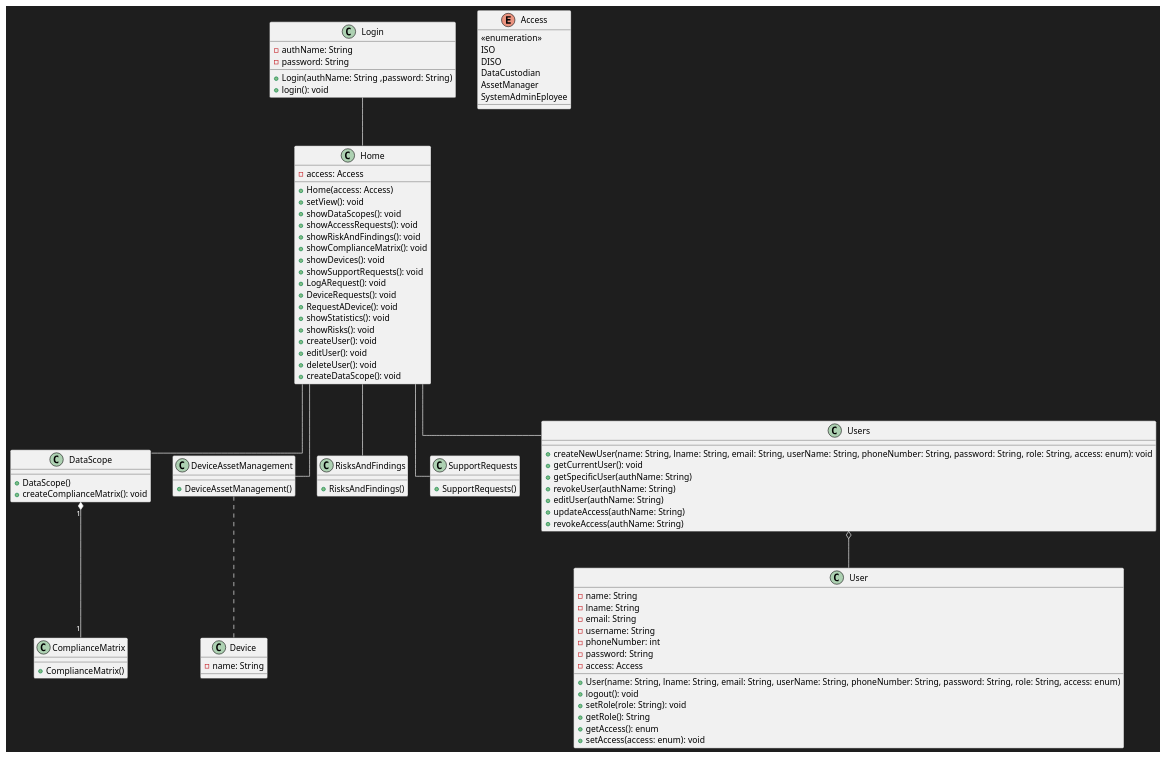
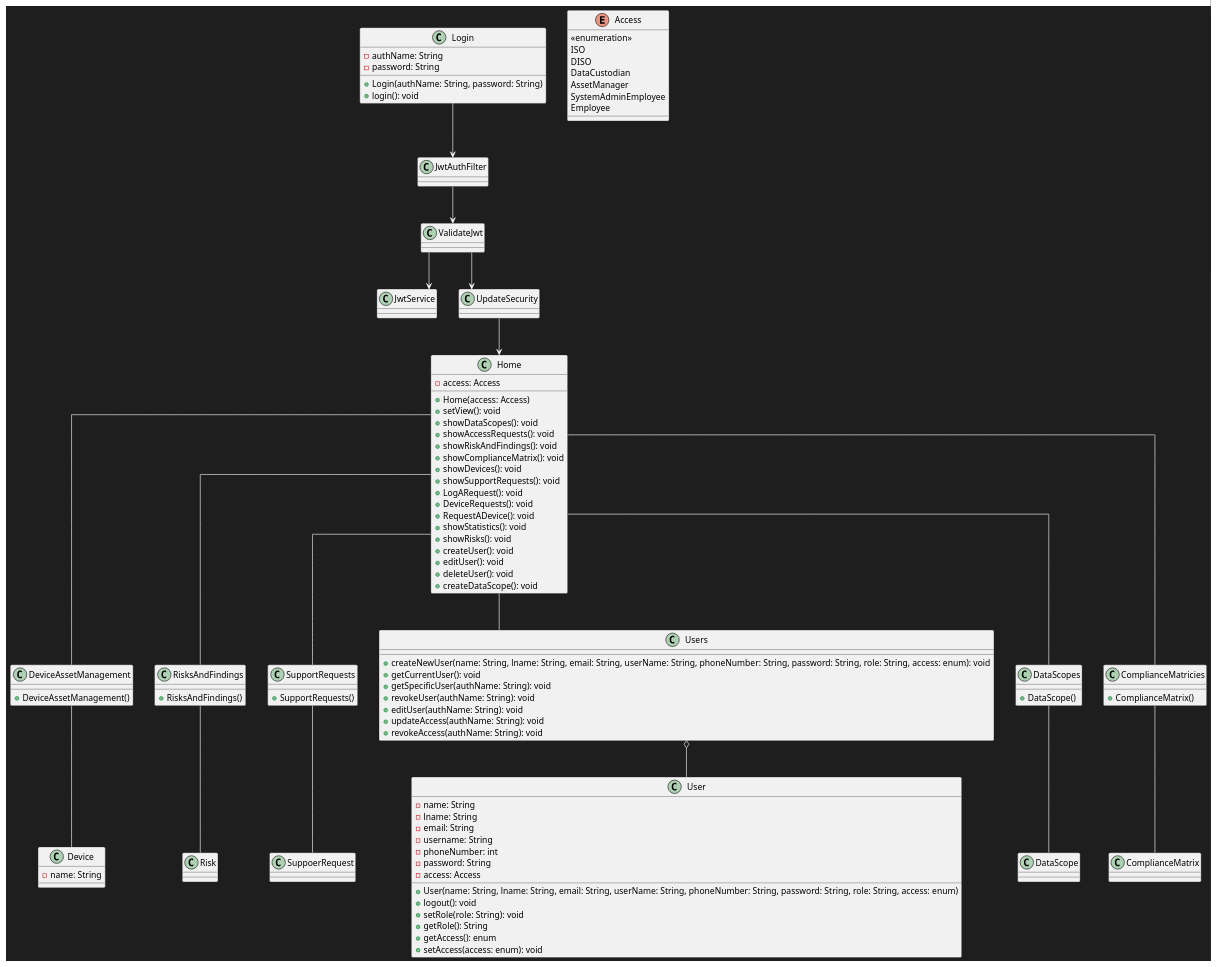
One commit to COS301-SE-2023/InfoSafe changed the diagram in Documentation/Use Case Diagrams/ClassDiagram.puml. Above: the diagram before and after it, drawn with PlantUML.

Commit message:
Update Class diagram

```diff
--- a/Documentation/Use Case Diagrams/ClassDiagram.puml
+++ b/Documentation/Use Case Diagrams/ClassDiagram.puml
@@ -1,107 +1,113 @@
 @startuml ClassDiagram
 skinparam backgroundColor #1e1e1e
 skinparam linetype ortho
-'left to right direction
-'top to bottom direction
-DataScope "1"*--"1" ComplianceMatrix #line:white;text:white
-Login -- Home #line:white;text:white
+left to right direction
+top to bottom direction
+
+Login --> JwtAuthFilter #line:white;text:white
+JwtAuthFilter --> ValidateJwt #line:white;text:white
+ValidateJwt --> JwtService #line:white;text:white
+ValidateJwt --> UpdateSecurity #line:white;text:white
+UpdateSecurity --> Home #line:white;text:white
 Home -- DeviceAssetManagement #line:white;text:white
 Home -- RisksAndFindings #line:white;text:white
 Home -- SupportRequests #line:white;text:white
 Home -- Users #line:white;text:white
-Home -- DataScope #line:white;text:white
+Home -- DataScopes #line:white;text:white
 Users o-- User #line:white;text:white
-DeviceAssetManagement .. Device #line:white;text:white
+Home -- ComplianceMatricies #line:white;text:white
+DeviceAssetManagement -- Device #line:white;text:white
+RisksAndFindings -- Risk #line:white;text:white
+SupportRequests -- SuppoerRequest #line:white;text:white
+DataScopes -- DataScope #line:white;text:white
+ComplianceMatricies -- ComplianceMatrix #line:white;text:white
 
-
-
-class Login{
-    - authName: String
-    - password: String
-    + Login(authName: String ,password: String)
-    + login(): void
+class Login {
+  - authName: String
+  - password: String
+  + Login(authName: String, password: String)
+  + login(): void
 }
 
-class Home{
-    - access: Access
-    + Home(access: Access)
-    + setView(): void
-    + showDataScopes(): void
-    + showAccessRequests(): void
-    + showRiskAndFindings(): void
-    + showComplianceMatrix(): void
-    + showDevices(): void
-    + showSupportRequests(): void
-    + LogARequest(): void
-    + DeviceRequests(): void
-    + RequestADevice(): void
-    + showStatistics(): void
-    + showRisks(): void
-    + createUser(): void
-    + editUser(): void
-    + deleteUser(): void
-    + createDataScope(): void
-
+class Home {
+  - access: Access
+  + Home(access: Access)
+  + setView(): void
+  + showDataScopes(): void
+  + showAccessRequests(): void
+  + showRiskAndFindings(): void
+  + showComplianceMatrix(): void
+  + showDevices(): void
+  + showSupportRequests(): void
+  + LogARequest(): void
+  + DeviceRequests(): void
+  + RequestADevice(): void
+  + showStatistics(): void
+  + showRisks(): void
+  + createUser(): void
+  + editUser(): void
+  + deleteUser(): void
+  + createDataScope(): void
 }
 
-class DeviceAssetManagement{
-    + DeviceAssetManagement()
+class DeviceAssetManagement {
+  + DeviceAssetManagement()
 }
 
-class DataScope{
-    + DataScope()
-    + createComplianceMatrix(): void
+class DataScopes {
+  + DataScope()
 }
 
-class RisksAndFindings{
-    + RisksAndFindings()
+class RisksAndFindings {
+  + RisksAndFindings()
 }
 
-class SupportRequests{
-    + SupportRequests()
+class SupportRequests {
+  + SupportRequests()
 }
 
-class ComplianceMatrix{
-    + ComplianceMatrix()
+class ComplianceMatricies {
+  + ComplianceMatrix()
 }
 
-class Users{
-    + createNewUser(name: String, lname: String, email: String, userName: String, phoneNumber: String, password: String, role: String, access: enum): void
-    + getCurrentUser(): void 
-    + getSpecificUser(authName: String)
-    + revokeUser(authName: String)
-    + editUser(authName: String)
-    '+ addAccess()
-    + updateAccess(authName: String)
-    + revokeAccess(authName: String)
+class Users {
+  + createNewUser(name: String, lname: String, email: String, userName: String, phoneNumber: String, password: String, role: String, access: enum): void
+  + getCurrentUser(): void 
+  + getSpecificUser(authName: String): void
+  + revokeUser(authName: String): void
+  + editUser(authName: String): void
+  '+ addAccess()
+  + updateAccess(authName: String): void
+  + revokeAccess(authName: String): void
 }
 
-class User{
-    - name: String 
-    - lname: String 
-    - email: String
-    - username: String 
-    - phoneNumber: int 
-    - password: String 
-    - access: Access    
-    + User(name: String, lname: String, email: String, userName: String, phoneNumber: String, password: String, role: String, access: enum)
-    + logout(): void
-    + setRole(role: String): void
-    + getRole(): String
-    + getAccess(): enum
-    + setAccess(access: enum): void
-    
+class User {
+  - name: String 
+  - lname: String 
+  - email: String
+  - username: String 
+  - phoneNumber: int 
+  - password: String 
+  - access: Access    
+  + User(name: String, lname: String, email: String, userName: String, phoneNumber: String, password: String, role: String, access: enum)
+  + logout(): void
+  + setRole(role: String): void
+  + getRole(): String
+  + getAccess(): enum
+  + setAccess(access: enum): void
 }
 
-class Device{
-    - name: String
+class Device {
+  - name: String
 }
-enum Access{
-    <<enumeration>>
-    ISO
-    DISO
-    DataCustodian
-    AssetManager
-    SystemAdminEployee
+
+enum Access {
+  <<enumeration>>
+  ISO
+  DISO
+  DataCustodian
+  AssetManager
+  SystemAdminEmployee
+  Employee
 }
 @enduml
```
